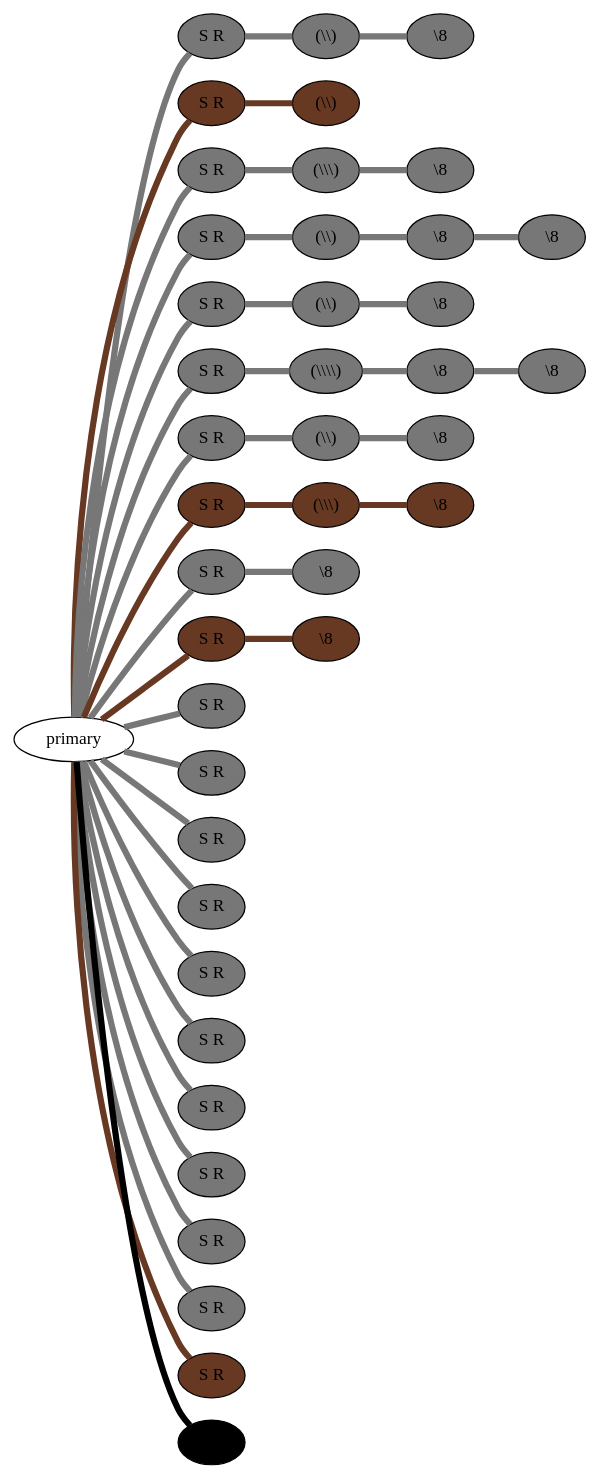
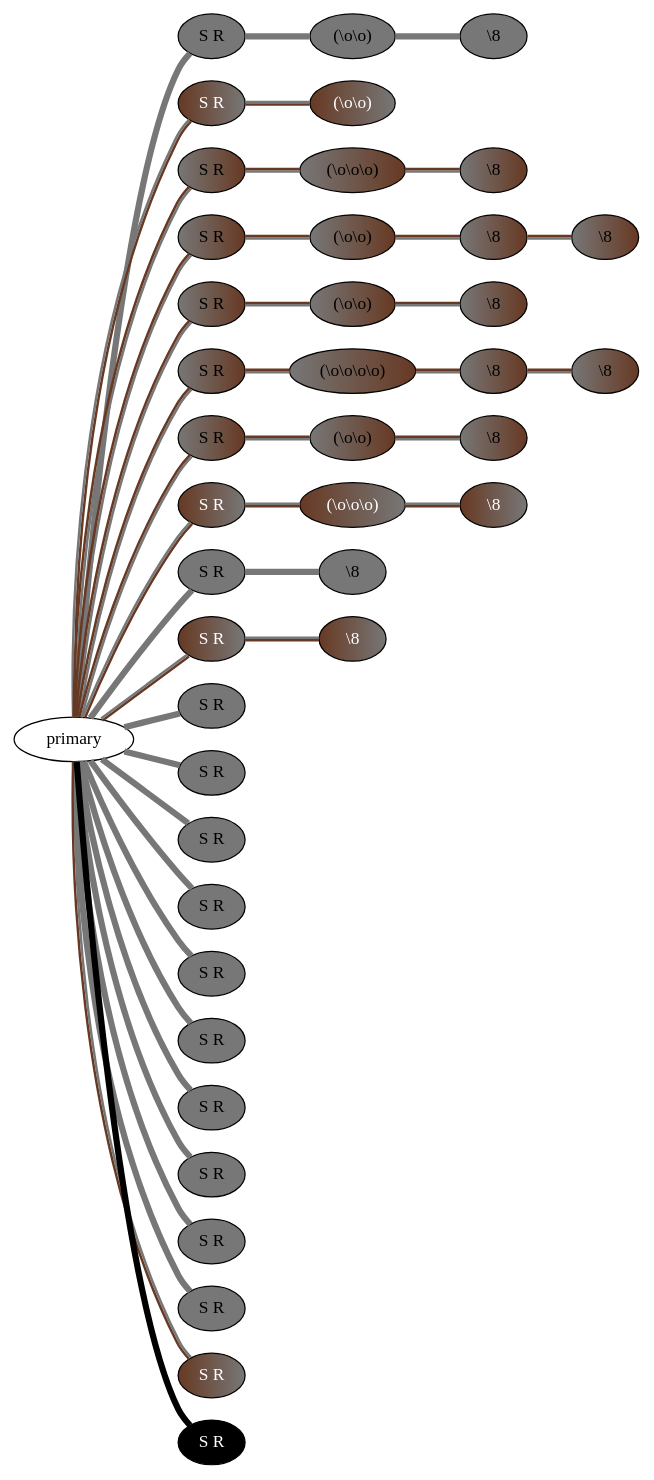
Before and after one commit to nebogeo/coding-with-knots: the diagram in data/more/dot/HP019.xls.dot, drawn with Graphviz. The commit also changed 40 other files, not shown here.

```diff
--- a/data/more/dot/HP019.xls.dot
+++ b/data/more/dot/HP019.xls.dot
@@ -1,85 +1,85 @@
 graph {
  graph [rankdir=LR]
-"1" [qtype="pendant_node", pendant_colors="#777777", pendant_ply="S", pendant_attach="R", pendant_length="27", label="S R", style=filled, fillcolor="#777777"]
+"1" [qtype="pendant_node", pendant_colors="#777777", pendant_ply="S", pendant_attach="R", pendant_length="27.0", label="S R", style=filled, fillcolor="#777777", fontcolor="#000000"]
 "primary" -- "1" [qtype="pendant_link",penwidth=5,color="#777777"]
-"1:0" [qtype="knot_node", knot_value="2", knot_type="L", knot_position="8.0", knot_spin="Z", label="(\\\\)", style=filled, fillcolor="#777777"]
+"1:0" [qtype="knot_node", knot_value="2", knot_type="L", knot_position="8.0", knot_spin="Z", label="(\\o\\o)", style=filled, fillcolor="#777777" , fontcolor="#000000"]
 "1" -- "1:0" [qtype="knot_link",penwidth=5,color="#777777"]
-"1:1" [qtype="knot_node", knot_value="1", knot_type="E", knot_position="12.0", knot_spin="Z", label="\\8", style=filled, fillcolor="#777777"]
+"1:1" [qtype="knot_node", knot_value="1", knot_type="E", knot_position="12.0", knot_spin="Z", label="\\8", style=filled, fillcolor="#777777" , fontcolor="#000000"]
 "1:0" -- "1:1" [qtype="knot_link",penwidth=5,color="#777777"]
-"2" [qtype="pendant_node", pendant_colors="#673923,#777777", pendant_ply="S", pendant_attach="R", pendant_length="36", label="S R", style=filled, fillcolor="#673923"]
-"primary" -- "2" [qtype="pendant_link",penwidth=5,color="#673923"]
-"2:0" [qtype="knot_node", knot_value="2", knot_type="L", knot_position="8.0", knot_spin="Z", label="(\\\\)", style=filled, fillcolor="#673923"]
-"2" -- "2:0" [qtype="knot_link",penwidth=5,color="#673923"]
-"3" [qtype="pendant_node", pendant_colors="#777777,#673923", pendant_ply="S", pendant_attach="R", pendant_length="28", label="S R", style=filled, fillcolor="#777777"]
-"primary" -- "3" [qtype="pendant_link",penwidth=5,color="#777777"]
-"3:0" [qtype="knot_node", knot_value="3", knot_type="L", knot_position="8.0", knot_spin="Z", label="(\\\\\\)", style=filled, fillcolor="#777777"]
-"3" -- "3:0" [qtype="knot_link",penwidth=5,color="#777777"]
-"3:1" [qtype="knot_node", knot_value="1", knot_type="E", knot_position="12.5", knot_spin="Z", label="\\8", style=filled, fillcolor="#777777"]
-"3:0" -- "3:1" [qtype="knot_link",penwidth=5,color="#777777"]
-"4" [qtype="pendant_node", pendant_colors="#777777,#673923", pendant_ply="S", pendant_attach="R", pendant_length="26", label="S R", style=filled, fillcolor="#777777"]
-"primary" -- "4" [qtype="pendant_link",penwidth=5,color="#777777"]
-"4:0" [qtype="knot_node", knot_value="2", knot_type="L", knot_position="8.0", knot_spin="Z", label="(\\\\)", style=filled, fillcolor="#777777"]
-"4" -- "4:0" [qtype="knot_link",penwidth=5,color="#777777"]
-"4:1" [qtype="knot_node", knot_value="1", knot_type="E", knot_position="9.0", knot_spin="Z", label="\\8", style=filled, fillcolor="#777777"]
-"4:0" -- "4:1" [qtype="knot_link",penwidth=5,color="#777777"]
-"4:2" [qtype="knot_node", knot_value="1", knot_type="E", knot_position="12.5", knot_spin="Z", label="\\8", style=filled, fillcolor="#777777"]
-"4:1" -- "4:2" [qtype="knot_link",penwidth=5,color="#777777"]
-"5" [qtype="pendant_node", pendant_colors="#777777,#673923", pendant_ply="S", pendant_attach="R", pendant_length="28", label="S R", style=filled, fillcolor="#777777"]
-"primary" -- "5" [qtype="pendant_link",penwidth=5,color="#777777"]
-"5:0" [qtype="knot_node", knot_value="2", knot_type="L", knot_position="7.5", knot_spin="Z", label="(\\\\)", style=filled, fillcolor="#777777"]
-"5" -- "5:0" [qtype="knot_link",penwidth=5,color="#777777"]
-"5:1" [qtype="knot_node", knot_value="1", knot_type="E", knot_position="11.5", knot_spin="Z", label="\\8", style=filled, fillcolor="#777777"]
-"5:0" -- "5:1" [qtype="knot_link",penwidth=5,color="#777777"]
-"6" [qtype="pendant_node", pendant_colors="#777777,#673923", pendant_ply="S", pendant_attach="R", pendant_length="27", label="S R", style=filled, fillcolor="#777777"]
-"primary" -- "6" [qtype="pendant_link",penwidth=5,color="#777777"]
-"6:0" [qtype="knot_node", knot_value="4", knot_type="L", knot_position="7.5", knot_spin="Z", label="(\\\\\\\\)", style=filled, fillcolor="#777777"]
-"6" -- "6:0" [qtype="knot_link",penwidth=5,color="#777777"]
-"6:1" [qtype="knot_node", knot_value="1", knot_type="E", knot_position="8.5", knot_spin="Z", label="\\8", style=filled, fillcolor="#777777"]
-"6:0" -- "6:1" [qtype="knot_link",penwidth=5,color="#777777"]
-"6:2" [qtype="knot_node", knot_value="1", knot_type="E", knot_position="11.5", knot_spin="Z", label="\\8", style=filled, fillcolor="#777777"]
-"6:1" -- "6:2" [qtype="knot_link",penwidth=5,color="#777777"]
-"7" [qtype="pendant_node", pendant_colors="#777777,#673923", pendant_ply="S", pendant_attach="R", pendant_length="21", label="S R", style=filled, fillcolor="#777777"]
-"primary" -- "7" [qtype="pendant_link",penwidth=5,color="#777777"]
-"7:0" [qtype="knot_node", knot_value="2", knot_type="L", knot_position="7.0", knot_spin="Z", label="(\\\\)", style=filled, fillcolor="#777777"]
-"7" -- "7:0" [qtype="knot_link",penwidth=5,color="#777777"]
-"7:1" [qtype="knot_node", knot_value="1", knot_type="E", knot_position="11.5", knot_spin="Z", label="\\8", style=filled, fillcolor="#777777"]
-"7:0" -- "7:1" [qtype="knot_link",penwidth=5,color="#777777"]
-"8" [qtype="pendant_node", pendant_colors="#673923,#777777", pendant_ply="S", pendant_attach="R", pendant_length="30", label="S R", style=filled, fillcolor="#673923"]
-"primary" -- "8" [qtype="pendant_link",penwidth=5,color="#673923"]
-"8:0" [qtype="knot_node", knot_value="3", knot_type="L", knot_position="6.5", knot_spin="Z", label="(\\\\\\)", style=filled, fillcolor="#673923"]
-"8" -- "8:0" [qtype="knot_link",penwidth=5,color="#673923"]
-"8:1" [qtype="knot_node", knot_value="1", knot_type="E", knot_position="11.0", knot_spin="Z", label="\\8", style=filled, fillcolor="#673923"]
-"8:0" -- "8:1" [qtype="knot_link",penwidth=5,color="#673923"]
-"9" [qtype="pendant_node", pendant_colors="#777777", pendant_ply="S", pendant_attach="R", pendant_length="33", label="S R", style=filled, fillcolor="#777777"]
+"2" [qtype="pendant_node", pendant_colors="#673923:#777777", pendant_ply="S", pendant_attach="R", pendant_length="36.0", label="S R", style=filled, fillcolor="#673923:#777777", fontcolor="#ffffff"]
+"primary" -- "2" [qtype="pendant_link",penwidth=2,color="#673923:#777777"]
+"2:0" [qtype="knot_node", knot_value="2", knot_type="L", knot_position="8.0", knot_spin="Z", label="(\\o\\o)", style=filled, fillcolor="#673923:#777777" , fontcolor="#ffffff"]
+"2" -- "2:0" [qtype="knot_link",penwidth=2,color="#673923:#777777"]
+"3" [qtype="pendant_node", pendant_colors="#777777:#673923", pendant_ply="S", pendant_attach="R", pendant_length="28.0", label="S R", style=filled, fillcolor="#777777:#673923", fontcolor="#000000"]
+"primary" -- "3" [qtype="pendant_link",penwidth=2,color="#777777:#673923"]
+"3:0" [qtype="knot_node", knot_value="3", knot_type="L", knot_position="8.0", knot_spin="Z", label="(\\o\\o\\o)", style=filled, fillcolor="#777777:#673923" , fontcolor="#000000"]
+"3" -- "3:0" [qtype="knot_link",penwidth=2,color="#777777:#673923"]
+"3:1" [qtype="knot_node", knot_value="1", knot_type="E", knot_position="12.5", knot_spin="Z", label="\\8", style=filled, fillcolor="#777777:#673923" , fontcolor="#000000"]
+"3:0" -- "3:1" [qtype="knot_link",penwidth=2,color="#777777:#673923"]
+"4" [qtype="pendant_node", pendant_colors="#777777:#673923", pendant_ply="S", pendant_attach="R", pendant_length="26.0", label="S R", style=filled, fillcolor="#777777:#673923", fontcolor="#000000"]
+"primary" -- "4" [qtype="pendant_link",penwidth=2,color="#777777:#673923"]
+"4:0" [qtype="knot_node", knot_value="2", knot_type="L", knot_position="8.0", knot_spin="Z", label="(\\o\\o)", style=filled, fillcolor="#777777:#673923" , fontcolor="#000000"]
+"4" -- "4:0" [qtype="knot_link",penwidth=2,color="#777777:#673923"]
+"4:1" [qtype="knot_node", knot_value="1", knot_type="E", knot_position="9.0", knot_spin="Z", label="\\8", style=filled, fillcolor="#777777:#673923" , fontcolor="#000000"]
+"4:0" -- "4:1" [qtype="knot_link",penwidth=2,color="#777777:#673923"]
+"4:2" [qtype="knot_node", knot_value="1", knot_type="E", knot_position="12.5", knot_spin="Z", label="\\8", style=filled, fillcolor="#777777:#673923" , fontcolor="#000000"]
+"4:1" -- "4:2" [qtype="knot_link",penwidth=2,color="#777777:#673923"]
+"5" [qtype="pendant_node", pendant_colors="#777777:#673923", pendant_ply="S", pendant_attach="R", pendant_length="28.0", label="S R", style=filled, fillcolor="#777777:#673923", fontcolor="#000000"]
+"primary" -- "5" [qtype="pendant_link",penwidth=2,color="#777777:#673923"]
+"5:0" [qtype="knot_node", knot_value="2", knot_type="L", knot_position="7.5", knot_spin="Z", label="(\\o\\o)", style=filled, fillcolor="#777777:#673923" , fontcolor="#000000"]
+"5" -- "5:0" [qtype="knot_link",penwidth=2,color="#777777:#673923"]
+"5:1" [qtype="knot_node", knot_value="1", knot_type="E", knot_position="11.5", knot_spin="Z", label="\\8", style=filled, fillcolor="#777777:#673923" , fontcolor="#000000"]
+"5:0" -- "5:1" [qtype="knot_link",penwidth=2,color="#777777:#673923"]
+"6" [qtype="pendant_node", pendant_colors="#777777:#673923", pendant_ply="S", pendant_attach="R", pendant_length="27.0", label="S R", style=filled, fillcolor="#777777:#673923", fontcolor="#000000"]
+"primary" -- "6" [qtype="pendant_link",penwidth=2,color="#777777:#673923"]
+"6:0" [qtype="knot_node", knot_value="4", knot_type="L", knot_position="7.5", knot_spin="Z", label="(\\o\\o\\o\\o)", style=filled, fillcolor="#777777:#673923" , fontcolor="#000000"]
+"6" -- "6:0" [qtype="knot_link",penwidth=2,color="#777777:#673923"]
+"6:1" [qtype="knot_node", knot_value="1", knot_type="E", knot_position="8.5", knot_spin="Z", label="\\8", style=filled, fillcolor="#777777:#673923" , fontcolor="#000000"]
+"6:0" -- "6:1" [qtype="knot_link",penwidth=2,color="#777777:#673923"]
+"6:2" [qtype="knot_node", knot_value="1", knot_type="E", knot_position="11.5", knot_spin="Z", label="\\8", style=filled, fillcolor="#777777:#673923" , fontcolor="#000000"]
+"6:1" -- "6:2" [qtype="knot_link",penwidth=2,color="#777777:#673923"]
+"7" [qtype="pendant_node", pendant_colors="#777777:#673923", pendant_ply="S", pendant_attach="R", pendant_length="21.0", label="S R", style=filled, fillcolor="#777777:#673923", fontcolor="#000000"]
+"primary" -- "7" [qtype="pendant_link",penwidth=2,color="#777777:#673923"]
+"7:0" [qtype="knot_node", knot_value="2", knot_type="L", knot_position="7.0", knot_spin="Z", label="(\\o\\o)", style=filled, fillcolor="#777777:#673923" , fontcolor="#000000"]
+"7" -- "7:0" [qtype="knot_link",penwidth=2,color="#777777:#673923"]
+"7:1" [qtype="knot_node", knot_value="1", knot_type="E", knot_position="11.5", knot_spin="Z", label="\\8", style=filled, fillcolor="#777777:#673923" , fontcolor="#000000"]
+"7:0" -- "7:1" [qtype="knot_link",penwidth=2,color="#777777:#673923"]
+"8" [qtype="pendant_node", pendant_colors="#673923:#777777", pendant_ply="S", pendant_attach="R", pendant_length="30.0", label="S R", style=filled, fillcolor="#673923:#777777", fontcolor="#ffffff"]
+"primary" -- "8" [qtype="pendant_link",penwidth=2,color="#673923:#777777"]
+"8:0" [qtype="knot_node", knot_value="3", knot_type="L", knot_position="6.5", knot_spin="Z", label="(\\o\\o\\o)", style=filled, fillcolor="#673923:#777777" , fontcolor="#ffffff"]
+"8" -- "8:0" [qtype="knot_link",penwidth=2,color="#673923:#777777"]
+"8:1" [qtype="knot_node", knot_value="1", knot_type="E", knot_position="11.0", knot_spin="Z", label="\\8", style=filled, fillcolor="#673923:#777777" , fontcolor="#ffffff"]
+"8:0" -- "8:1" [qtype="knot_link",penwidth=2,color="#673923:#777777"]
+"9" [qtype="pendant_node", pendant_colors="#777777", pendant_ply="S", pendant_attach="R", pendant_length="33.0", label="S R", style=filled, fillcolor="#777777", fontcolor="#000000"]
 "primary" -- "9" [qtype="pendant_link",penwidth=5,color="#777777"]
-"9:0" [qtype="knot_node", knot_value="1", knot_type="E", knot_position="7.0", knot_spin="Z", label="\\8", style=filled, fillcolor="#777777"]
+"9:0" [qtype="knot_node", knot_value="1", knot_type="E", knot_position="7.0", knot_spin="Z", label="\\8", style=filled, fillcolor="#777777" , fontcolor="#000000"]
 "9" -- "9:0" [qtype="knot_link",penwidth=5,color="#777777"]
-"10" [qtype="pendant_node", pendant_colors="#673923,#777777", pendant_ply="S", pendant_attach="R", pendant_length="38", label="S R", style=filled, fillcolor="#673923"]
-"primary" -- "10" [qtype="pendant_link",penwidth=5,color="#673923"]
-"10:0" [qtype="knot_node", knot_value="1", knot_type="E", knot_position="7.0", knot_spin="Z", label="\\8", style=filled, fillcolor="#673923"]
-"10" -- "10:0" [qtype="knot_link",penwidth=5,color="#673923"]
-"11" [qtype="pendant_node", pendant_colors="#777777", pendant_ply="S", pendant_attach="R", pendant_length="33", label="S R", style=filled, fillcolor="#777777"]
+"10" [qtype="pendant_node", pendant_colors="#673923:#777777", pendant_ply="S", pendant_attach="R", pendant_length="38.0", label="S R", style=filled, fillcolor="#673923:#777777", fontcolor="#ffffff"]
+"primary" -- "10" [qtype="pendant_link",penwidth=2,color="#673923:#777777"]
+"10:0" [qtype="knot_node", knot_value="1", knot_type="E", knot_position="7.0", knot_spin="Z", label="\\8", style=filled, fillcolor="#673923:#777777" , fontcolor="#ffffff"]
+"10" -- "10:0" [qtype="knot_link",penwidth=2,color="#673923:#777777"]
+"11" [qtype="pendant_node", pendant_colors="#777777", pendant_ply="S", pendant_attach="R", pendant_length="33.0", label="S R", style=filled, fillcolor="#777777", fontcolor="#000000"]
 "primary" -- "11" [qtype="pendant_link",penwidth=5,color="#777777"]
-"12" [qtype="pendant_node", pendant_colors="#777777", pendant_ply="S", pendant_attach="R", pendant_length="33", label="S R", style=filled, fillcolor="#777777"]
+"12" [qtype="pendant_node", pendant_colors="#777777", pendant_ply="S", pendant_attach="R", pendant_length="33.0", label="S R", style=filled, fillcolor="#777777", fontcolor="#000000"]
 "primary" -- "12" [qtype="pendant_link",penwidth=5,color="#777777"]
-"13" [qtype="pendant_node", pendant_colors="#777777", pendant_ply="S", pendant_attach="R", pendant_length="27", label="S R", style=filled, fillcolor="#777777"]
+"13" [qtype="pendant_node", pendant_colors="#777777", pendant_ply="S", pendant_attach="R", pendant_length="27.0", label="S R", style=filled, fillcolor="#777777", fontcolor="#000000"]
 "primary" -- "13" [qtype="pendant_link",penwidth=5,color="#777777"]
-"14" [qtype="pendant_node", pendant_colors="#777777", pendant_ply="S", pendant_attach="R", pendant_length="34", label="S R", style=filled, fillcolor="#777777"]
+"14" [qtype="pendant_node", pendant_colors="#777777", pendant_ply="S", pendant_attach="R", pendant_length="34.0", label="S R", style=filled, fillcolor="#777777", fontcolor="#000000"]
 "primary" -- "14" [qtype="pendant_link",penwidth=5,color="#777777"]
-"15" [qtype="pendant_node", pendant_colors="#777777", pendant_ply="S", pendant_attach="R", pendant_length="32", label="S R", style=filled, fillcolor="#777777"]
+"15" [qtype="pendant_node", pendant_colors="#777777", pendant_ply="S", pendant_attach="R", pendant_length="32.0", label="S R", style=filled, fillcolor="#777777", fontcolor="#000000"]
 "primary" -- "15" [qtype="pendant_link",penwidth=5,color="#777777"]
-"16" [qtype="pendant_node", pendant_colors="#777777", pendant_ply="S", pendant_attach="R", pendant_length="28", label="S R", style=filled, fillcolor="#777777"]
+"16" [qtype="pendant_node", pendant_colors="#777777", pendant_ply="S", pendant_attach="R", pendant_length="28.0", label="S R", style=filled, fillcolor="#777777", fontcolor="#000000"]
 "primary" -- "16" [qtype="pendant_link",penwidth=5,color="#777777"]
-"17" [qtype="pendant_node", pendant_colors="#777777", pendant_ply="S", pendant_attach="R", pendant_length="32", label="S R", style=filled, fillcolor="#777777"]
+"17" [qtype="pendant_node", pendant_colors="#777777", pendant_ply="S", pendant_attach="R", pendant_length="32.0", label="S R", style=filled, fillcolor="#777777", fontcolor="#000000"]
 "primary" -- "17" [qtype="pendant_link",penwidth=5,color="#777777"]
-"18" [qtype="pendant_node", pendant_colors="#777777", pendant_ply="S", pendant_attach="R", pendant_length="27", label="S R", style=filled, fillcolor="#777777"]
+"18" [qtype="pendant_node", pendant_colors="#777777", pendant_ply="S", pendant_attach="R", pendant_length="27.0", label="S R", style=filled, fillcolor="#777777", fontcolor="#000000"]
 "primary" -- "18" [qtype="pendant_link",penwidth=5,color="#777777"]
-"19" [qtype="pendant_node", pendant_colors="#777777", pendant_ply="S", pendant_attach="R", pendant_length="27", label="S R", style=filled, fillcolor="#777777"]
+"19" [qtype="pendant_node", pendant_colors="#777777", pendant_ply="S", pendant_attach="R", pendant_length="27.0", label="S R", style=filled, fillcolor="#777777", fontcolor="#000000"]
 "primary" -- "19" [qtype="pendant_link",penwidth=5,color="#777777"]
-"20" [qtype="pendant_node", pendant_colors="#777777", pendant_ply="S", pendant_attach="R", pendant_length="32", label="S R", style=filled, fillcolor="#777777"]
+"20" [qtype="pendant_node", pendant_colors="#777777", pendant_ply="S", pendant_attach="R", pendant_length="32.0", label="S R", style=filled, fillcolor="#777777", fontcolor="#000000"]
 "primary" -- "20" [qtype="pendant_link",penwidth=5,color="#777777"]
-"21" [qtype="pendant_node", pendant_colors="#673923,#777777", pendant_ply="S", pendant_attach="R", pendant_length="37", label="S R", style=filled, fillcolor="#673923"]
-"primary" -- "21" [qtype="pendant_link",penwidth=5,color="#673923"]
-"22" [qtype="pendant_node", pendant_colors="#000000", pendant_ply="S", pendant_attach="R", pendant_length="31", label="S R", style=filled, fillcolor="#000000"]
+"21" [qtype="pendant_node", pendant_colors="#673923:#777777", pendant_ply="S", pendant_attach="R", pendant_length="37.0", label="S R", style=filled, fillcolor="#673923:#777777", fontcolor="#ffffff"]
+"primary" -- "21" [qtype="pendant_link",penwidth=2,color="#673923:#777777"]
+"22" [qtype="pendant_node", pendant_colors="#000000", pendant_ply="S", pendant_attach="R", pendant_length="31.0", label="S R", style=filled, fillcolor="#000000", fontcolor="#ffffff"]
 "primary" -- "22" [qtype="pendant_link",penwidth=5,color="#000000"]
 }
```
